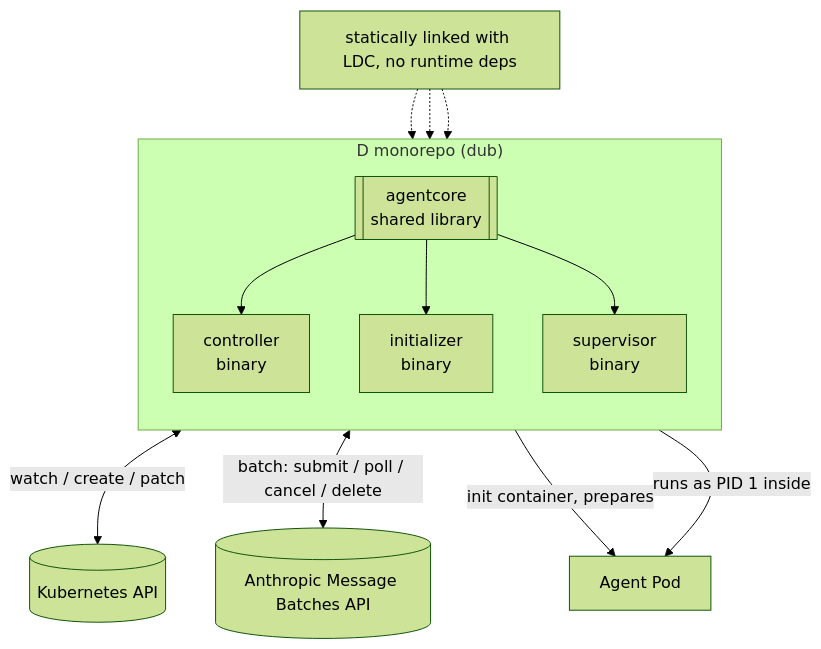
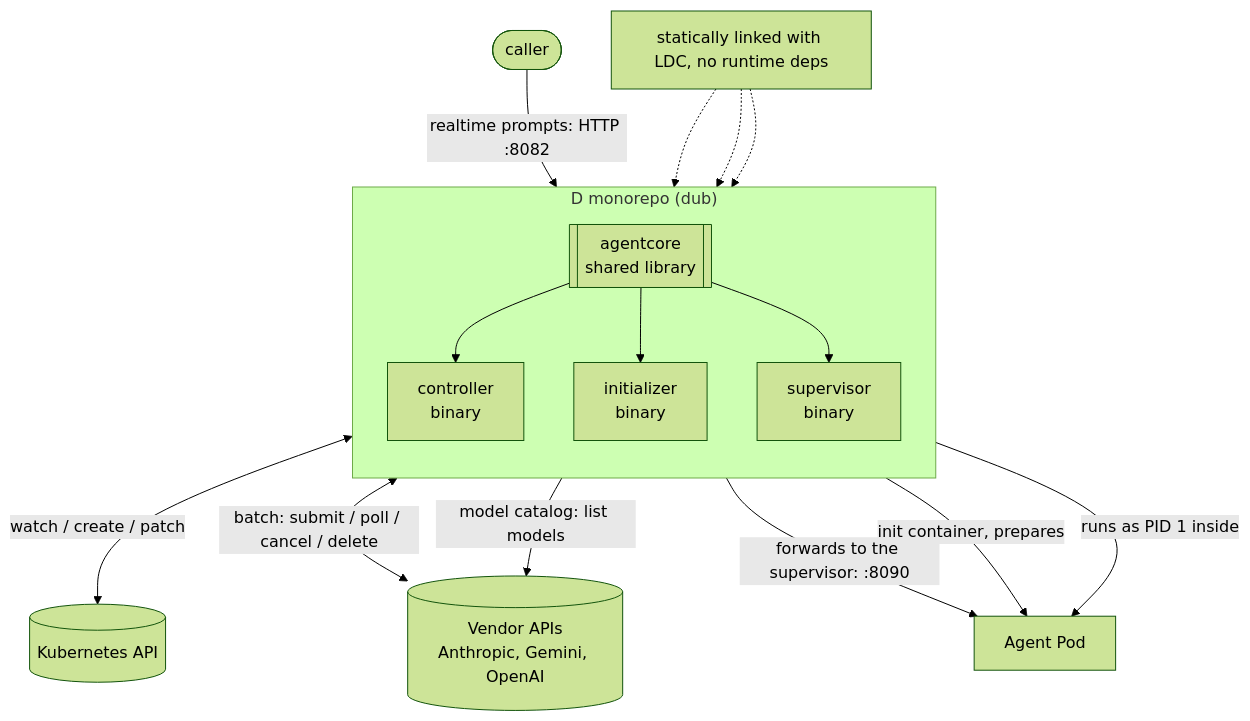
Before and after one commit to re-cinq/ai-agent-subsystem: the diagram in website/src/content/docs/concepts/architecture.md, drawn with Mermaid (forest theme). The commit also changed other lines of this file and 21 other files, not shown here.

````diff
--- a/website/src/content/docs/concepts/architecture.md
+++ b/website/src/content/docs/concepts/architecture.md
@@ -10,21 +10,24 @@
 ```mermaid
 flowchart TB
     subgraph MONO["D monorepo (dub)"]
         direction TB
         CORE[["agentcore<br/>shared library"]]
         CTRL["controller<br/>binary"]
         INIT["initializer<br/>binary"]
         SUP["supervisor<br/>binary"]
         CORE --> CTRL
         CORE --> INIT
         CORE --> SUP
     end
 
     CTRL <-->|watch / create / patch| K8S[("Kubernetes API")]
-    CTRL <-->|"batch: submit / poll / cancel / delete"| BATCH[("Anthropic Message Batches API")]
+    CTRL <-->|"batch: submit / poll / cancel / delete"| VENDOR[("Vendor APIs<br/>Anthropic, Gemini, OpenAI")]
+    CTRL -->|"model catalog: list models"| VENDOR
+    CALLER(["caller"]) -->|"realtime prompts: HTTP :8082"| CTRL
+    CTRL -->|"forwards to the supervisor: :8090"| POD
     INIT -->|init container, prepares| POD["Agent Pod"]
     SUP -->|runs as PID 1 inside| POD
     STATIC["statically linked with LDC, no runtime deps"] -.-> CTRL
     STATIC -.-> INIT
     STATIC -.-> SUP
 ```
````
